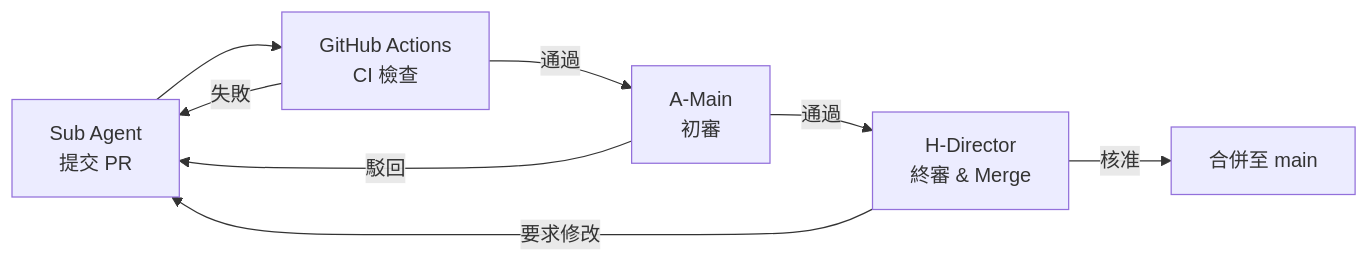
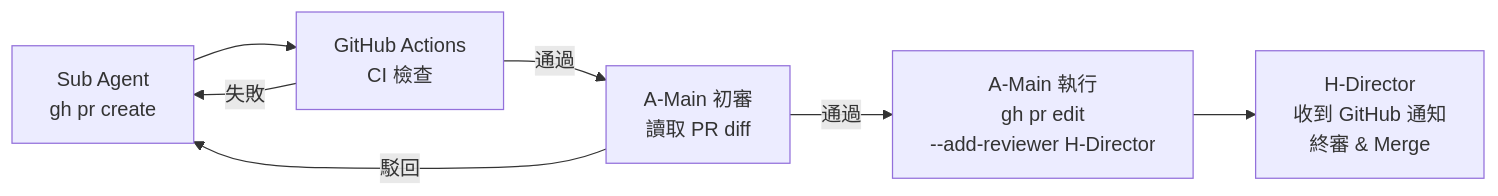
One commit to robin-li/Vibe-SDLC changed the fourth of 5 diagrams in .claude/skills/vibe-sdlc-p1-spec/examples/docs/02-Dev_Plan.md. Above: the diagram before and after it, drawn with Mermaid. The commit also changed other lines of this file and 31 other files, not shown here.

````diff
--- a/.claude/skills/vibe-sdlc-p1-spec/examples/docs/02-Dev_Plan.md
+++ b/.claude/skills/vibe-sdlc-p1-spec/examples/docs/02-Dev_Plan.md
@@ -537,10 +761,9 @@
 ```mermaid
 flowchart LR
-    SUB["Sub Agent<br/>提交 PR"] --> CI["GitHub Actions<br/>CI 檢查"]
-    CI -->|通過| MAIN["A-Main<br/>初審"]
+    SUB["Sub Agent<br/>gh pr create"] --> CI["GitHub Actions<br/>CI 檢查"]
+    CI -->|通過| MAIN["A-Main 初審<br/>讀取 PR diff"]
     CI -->|失敗| SUB
-    MAIN -->|通過| DIR["H-Director<br/>終審 & Merge"]
+    MAIN -->|通過| REQ["A-Main 執行<br/>gh pr edit<br/>--add-reviewer H-Director"]
+    REQ --> DIR["H-Director<br/>收到 GitHub 通知<br/>終審 & Merge"]
     MAIN -->|駁回| SUB
-    DIR -->|要求修改| SUB
-    DIR -->|核准| MERGE["合併至 main"]
 ```
````
